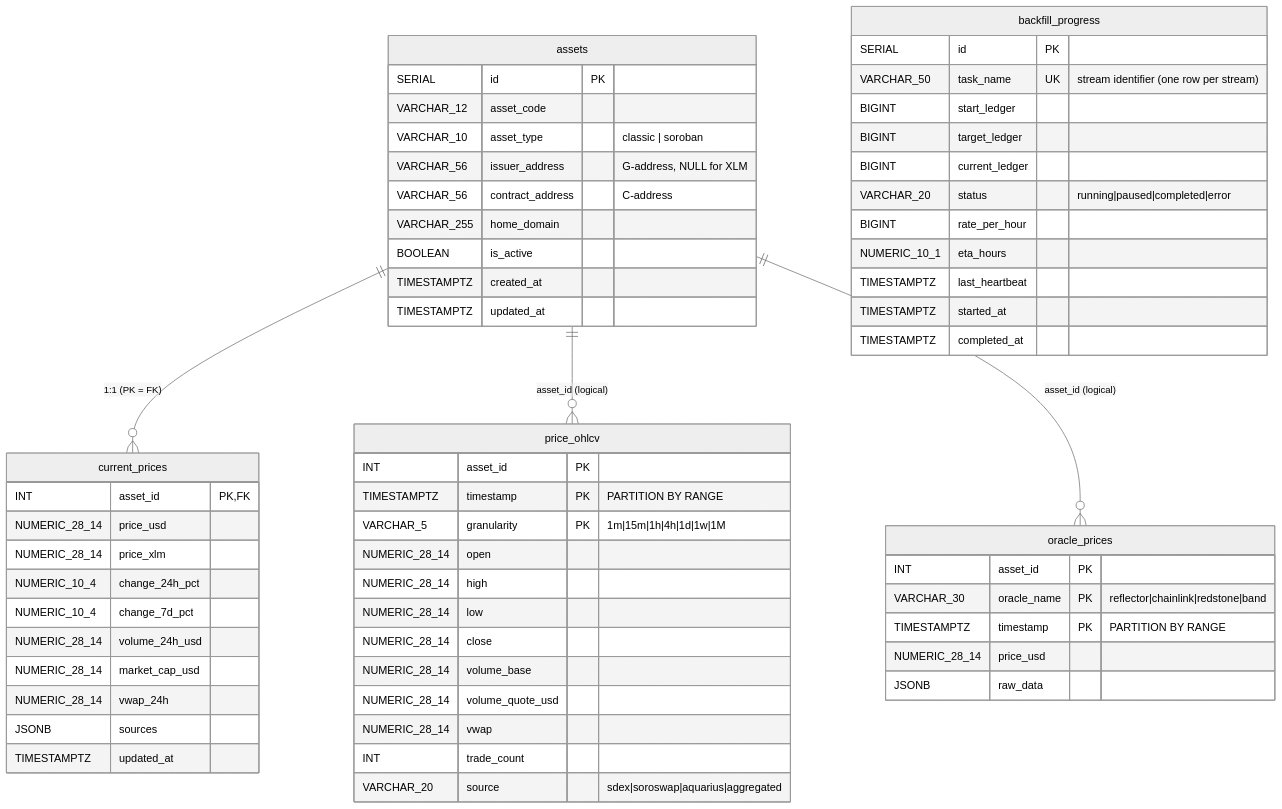
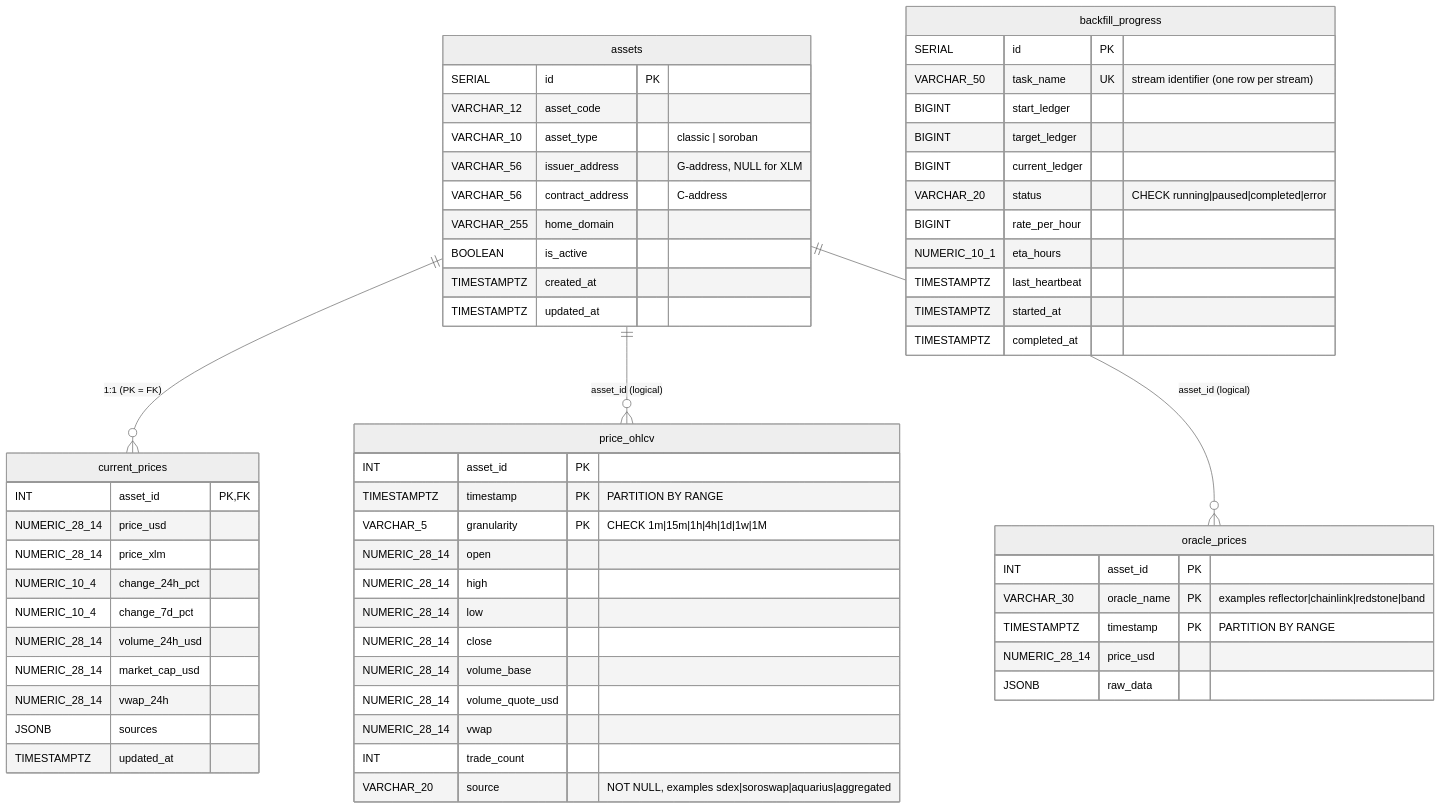
The third of 13 diagrams in docs/database-schema/database-schema-overview.md (rumblefishdev/stellar-prices-api), drawn with Mermaid (neutral theme) before and after one commit. The commit also changed other lines of this file and 1 other file, not shown here.

Commit message:
chore: add schemas missing check and not null

````diff
--- a/docs/database-schema/database-schema-overview.md
+++ b/docs/database-schema/database-schema-overview.md
@@ -138,68 +138,68 @@
 ```mermaid
 erDiagram
     assets ||--o{ current_prices : "1:1 (PK = FK)"
     assets ||--o{ price_ohlcv    : "asset_id (logical)"
     assets ||--o{ oracle_prices  : "asset_id (logical)"
 
     assets {
         SERIAL       id PK
         VARCHAR_12   asset_code
         VARCHAR_10   asset_type "classic | soroban"
         VARCHAR_56   issuer_address "G-address, NULL for XLM"
         VARCHAR_56   contract_address "C-address"
         VARCHAR_255  home_domain
         BOOLEAN      is_active
         TIMESTAMPTZ  created_at
         TIMESTAMPTZ  updated_at
     }
 
     price_ohlcv {
         INT             asset_id PK
         TIMESTAMPTZ     timestamp PK "PARTITION BY RANGE"
-        VARCHAR_5       granularity PK "1m|15m|1h|4h|1d|1w|1M"
+        VARCHAR_5       granularity PK "CHECK 1m|15m|1h|4h|1d|1w|1M"
         NUMERIC_28_14   open
         NUMERIC_28_14   high
         NUMERIC_28_14   low
         NUMERIC_28_14   close
         NUMERIC_28_14   volume_base
         NUMERIC_28_14   volume_quote_usd
         NUMERIC_28_14   vwap
         INT             trade_count
-        VARCHAR_20      source "sdex|soroswap|aquarius|aggregated"
+        VARCHAR_20      source "NOT NULL, examples sdex|soroswap|aquarius|aggregated"
     }
 
     current_prices {
         INT             asset_id PK,FK
         NUMERIC_28_14   price_usd
         NUMERIC_28_14   price_xlm
         NUMERIC_10_4    change_24h_pct
         NUMERIC_10_4    change_7d_pct
         NUMERIC_28_14   volume_24h_usd
         NUMERIC_28_14   market_cap_usd
         NUMERIC_28_14   vwap_24h
         JSONB           sources
         TIMESTAMPTZ     updated_at
     }
 
     oracle_prices {
         INT             asset_id PK
-        VARCHAR_30      oracle_name PK "reflector|chainlink|redstone|band"
+        VARCHAR_30      oracle_name PK "examples reflector|chainlink|redstone|band"
         TIMESTAMPTZ     timestamp PK "PARTITION BY RANGE"
         NUMERIC_28_14   price_usd
         JSONB           raw_data
     }
 
     backfill_progress {
         SERIAL       id PK
         VARCHAR_50   task_name UK "stream identifier (one row per stream)"
         BIGINT       start_ledger
         BIGINT       target_ledger
         BIGINT       current_ledger
-        VARCHAR_20   status "running|paused|completed|error"
+        VARCHAR_20   status "CHECK running|paused|completed|error"
         BIGINT       rate_per_hour
         NUMERIC_10_1 eta_hours
         TIMESTAMPTZ  last_heartbeat
         TIMESTAMPTZ  started_at
         TIMESTAMPTZ  completed_at
     }
 ```
````
